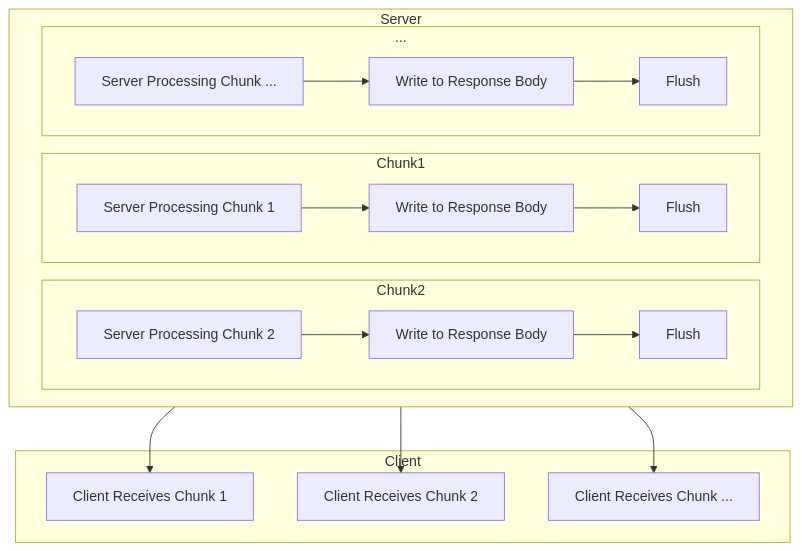
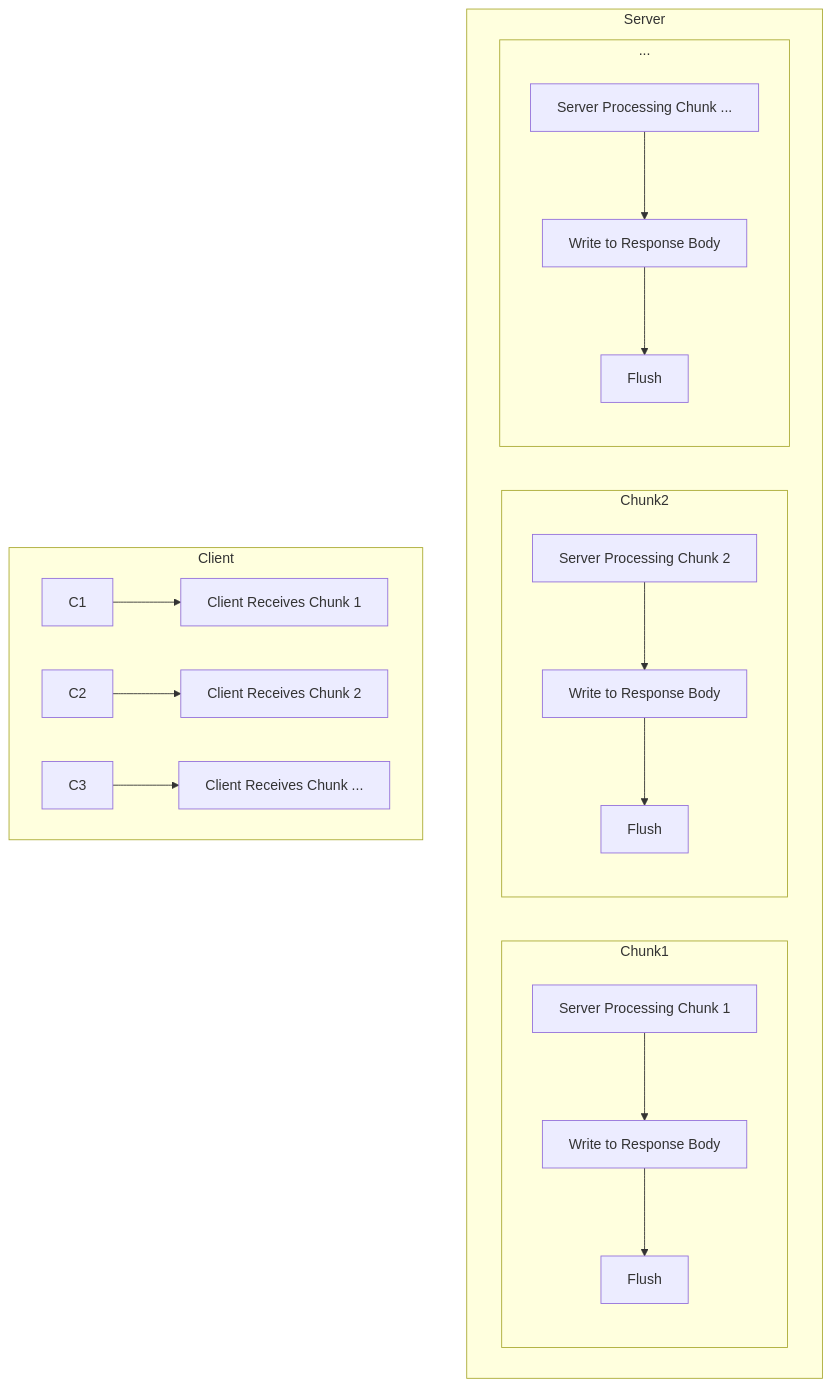
The diagram in _posts/2025-07-08-streaming-progress-updates-in-long-running-asp-net-core-requests.md (oninebx/blog), drawn with Mermaid before and after one commit. The commit also changed other lines of this file, not shown here.

Commit message:
Update Blog “2025-07-08-streaming-progress-updates-in-long-running-asp-net-core-requests”

```diff
--- a/_posts/2025-07-08-streaming-progress-updates-in-long-running-asp-net-core-requests.md
+++ b/_posts/2025-07-08-streaming-progress-updates-in-long-running-asp-net-core-requests.md
@@ -24,20 +26,20 @@
 <div class="mermaid">
   graph TD
-    subgraph Server [Server]
+    subgraph Server \[Server]
       direction LR
-      subgraph Chunk1 [Chunk1]
-        A1[Server Processing Chunk 1] --> B1[Write to Response Body] --> C1[Flush]
+      subgraph Chunk1 \[Chunk1]
+        A1\[Server Processing Chunk 1] --> B1\[Write to Response Body] --> C1\[Flush]
       end 
-      subgraph Chunk2[Chunk2]
-        A2[Server Processing Chunk 2] --> B2[Write to Response Body] --> C2[Flush]
+      subgraph Chunk2\[Chunk2]
+        A2\[Server Processing Chunk 2] --> B2\[Write to Response Body] --> C2\[Flush]
       end
-      subgraph Chunk3 [...]
-        A3[Server Processing Chunk ...] --> B3[Write to Response Body] --> C3[Flush]
+      subgraph Chunk3 \[...]
+        A3\[Server Processing Chunk ...] --> B3\[Write to Response Body] --> C3\[Flush]
       end
     end
-    subgraph Client [Client]
-    C1 --> D1[Client Receives Chunk 1]
-    C2 --> D2[Client Receives Chunk 2]
-    C3 --> D3[Client Receives Chunk ...]
+    subgraph Client \[Client]
+    C1 --> D1\[Client Receives Chunk 1]
+    C2 --> D2\[Client Receives Chunk 2]
+    C3 --> D3\[Client Receives Chunk ...]
     end
 </div>
```
